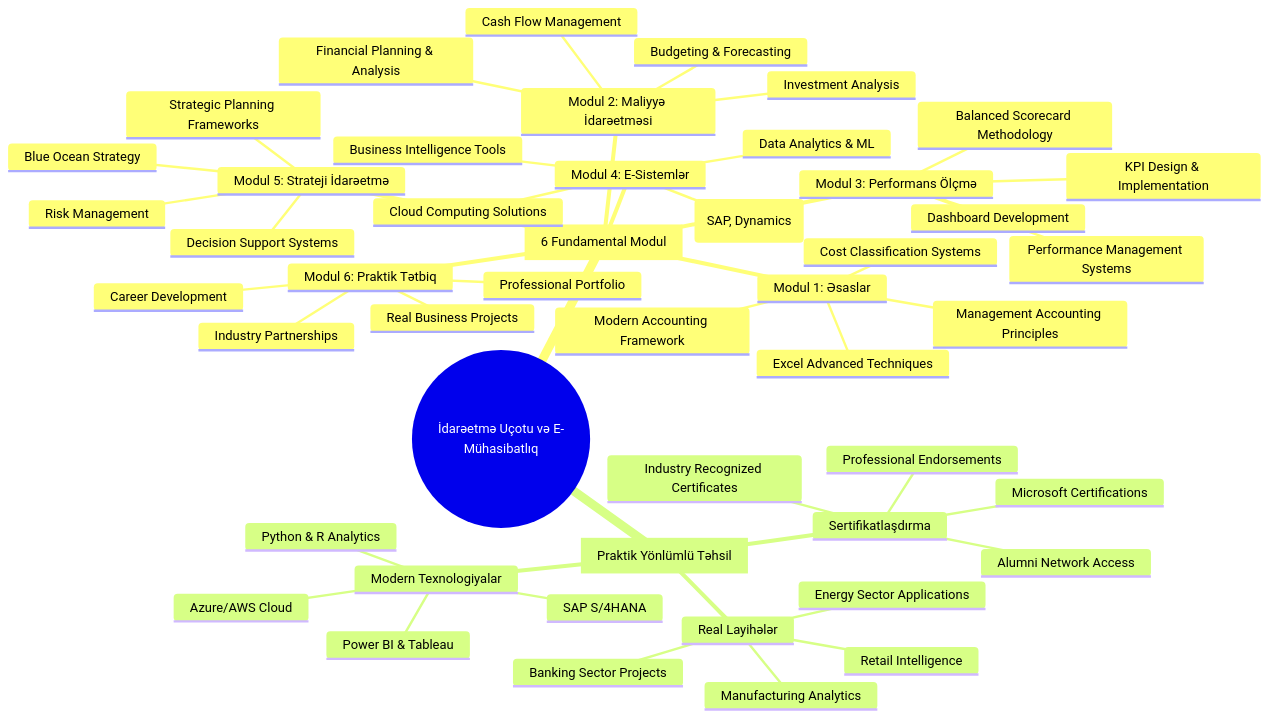
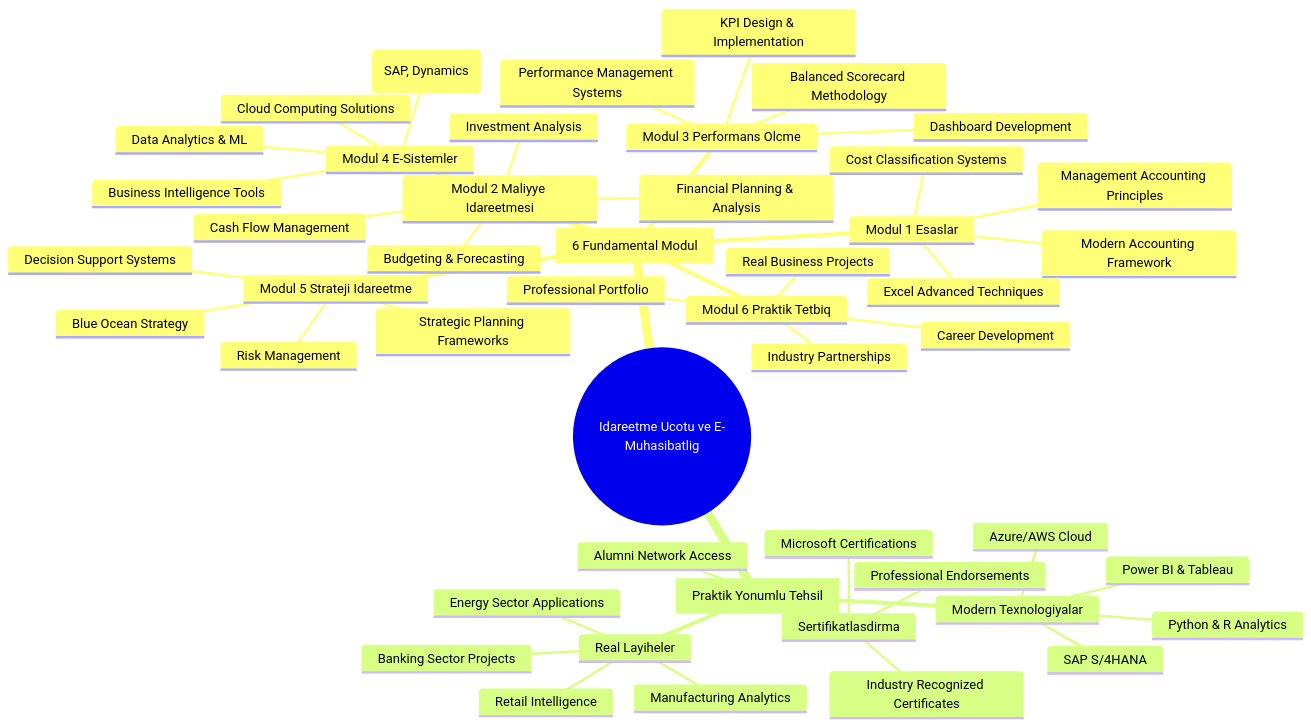
One commit to nes10r/D-A-e-m-hasibatl-q-f-nni changed the first of 4 diagrams in README.md. Above: the diagram before and after it, drawn with Mermaid. The commit also changed other lines of this file, not shown here.

Commit message:
Mermaid diaqramlarinda GitHub uchun Azərbaycan herfleri duzeldildi

````diff
--- a/README.md
+++ b/README.md
@@ -16,51 +16,51 @@
 ```mermaid
 mindmap
-  root((İdarəetmə Uçotu və E-Mühasibatlıq))
+  root((Idareetme Ucotu ve E-Muhasibatlig))
     [6 Fundamental Modul]
-      Modul 1: Əsaslar
+      Modul 1 Esaslar
         Management Accounting Principles
         Cost Classification Systems
         Modern Accounting Framework
         Excel Advanced Techniques
-      Modul 2: Maliyyə İdarəetməsi
+      Modul 2 Maliyye Idareetmesi
         Financial Planning & Analysis
         Budgeting & Forecasting
         Cash Flow Management
         Investment Analysis
-      Modul 3: Performans Ölçmə
+      Modul 3 Performans Olcme
         KPI Design & Implementation
         Balanced Scorecard Methodology
         Dashboard Development
         Performance Management Systems
-      Modul 4: E-Sistemlər
+      Modul 4 E-Sistemler
         ERP Systems (SAP, Dynamics)
         Business Intelligence Tools
         Data Analytics & ML
         Cloud Computing Solutions
-      Modul 5: Strateji İdarəetmə
+      Modul 5 Strateji Idareetme
         Strategic Planning Frameworks
         Risk Management
         Decision Support Systems
         Blue Ocean Strategy
-      Modul 6: Praktik Tətbiq
+      Modul 6 Praktik Tetbiq
         Real Business Projects
         Professional Portfolio
         Industry Partnerships
         Career Development
-    [Praktik Yönlümlü Təhsil]
-      Real Layihələr
+    [Praktik Yonumlu Tehsil]
+      Real Layiheler
         Banking Sector Projects
         Manufacturing Analytics
         Retail Intelligence
         Energy Sector Applications
       Modern Texnologiyalar
         Power BI & Tableau
         Python & R Analytics
         SAP S/4HANA
         Azure/AWS Cloud
-      Sertifikatlaşdırma
+      Sertifikatlasdirma
         Industry Recognized Certificates
         Microsoft Certifications
         Professional Endorsements
         Alumni Network Access
 ```
````
